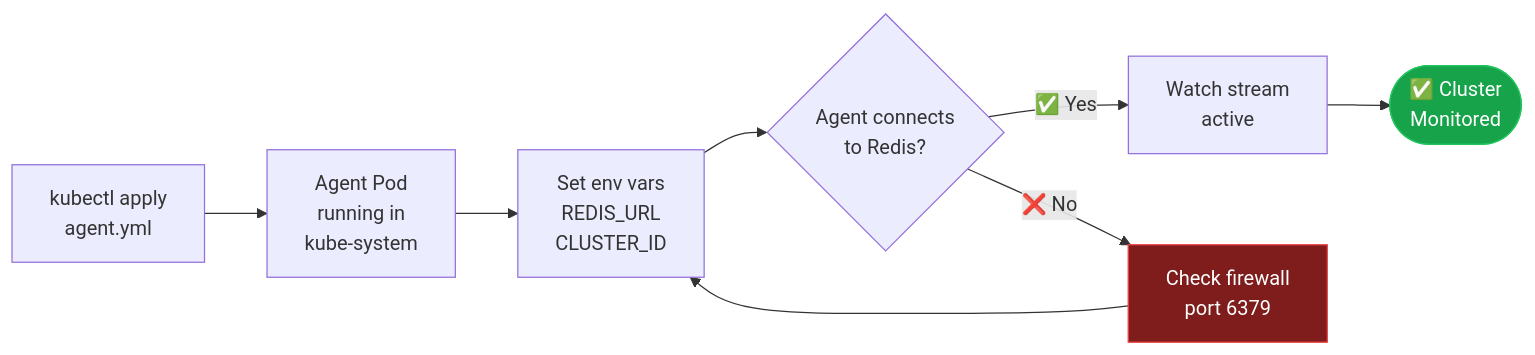
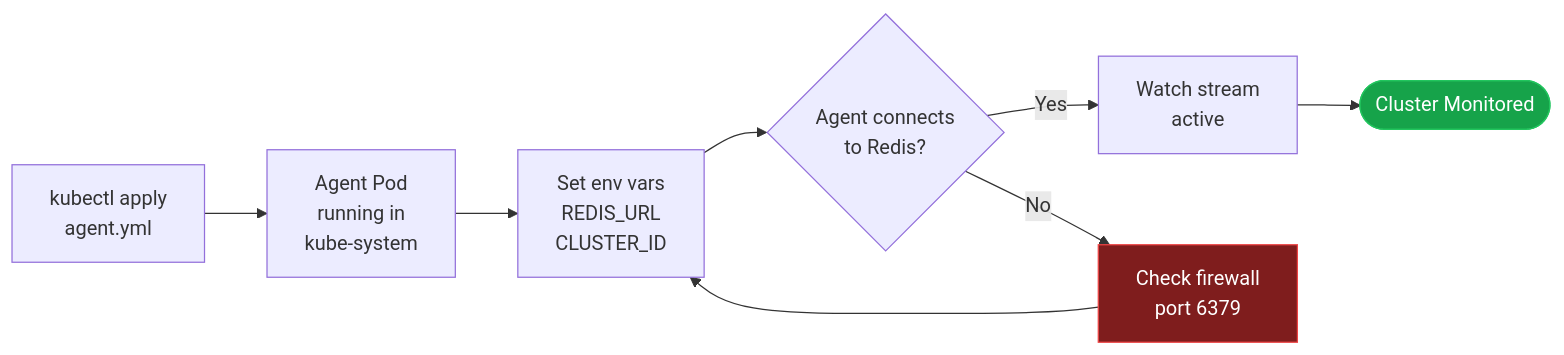
The fifth of 10 diagrams in README.md (Akshatsainiaks/srevox), drawn with Mermaid before and after one commit. The commit also changed other lines of this file, not shown here.

````diff
--- a/README.md
+++ b/README.md
@@ -609,13 +609,13 @@
 ```mermaid
 flowchart LR
     A[kubectl apply\nagent.yml] --> B[Agent Pod\nrunning in\nkube-system]
     B --> C[Set env vars\nREDIS_URL\nCLUSTER_ID]
     C --> D{Agent connects\nto Redis?}
-    D -->|✅ Yes| E[Watch stream\nactive]
-    D -->|❌ No| F[Check firewall\nport 6379]
+    D -->|Yes| E[Watch stream\nactive]
+    D -->|No| F[Check firewall\nport 6379]
     F --> C
-    E --> G([✅ Cluster\nMonitored])
+    E --> G([Cluster Monitored])
 
     style G fill:#16a34a,stroke:#22c55e,color:#fff
     style F fill:#7f1d1d,stroke:#ef4444,color:#fff
 ```
````
